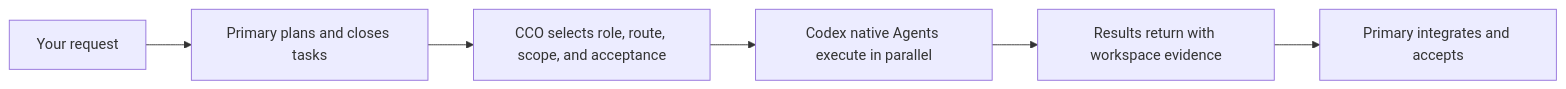
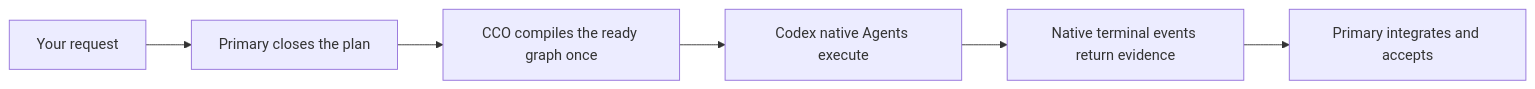
The diagram in README.md (KirschBluteX/agent-orchestration-gateway), drawn with Mermaid before and after one commit. The commit also changed other lines of this file and 27 other files, not shown here.

````diff
--- a/README.md
+++ b/README.md
@@ -30,8 +37,8 @@
 ```mermaid
 flowchart LR
-    U["Your request"] --> P["Primary plans and closes tasks"]
-    P --> C["CCO selects role, route, scope, and acceptance"]
-    C --> A["Codex native Agents execute in parallel"]
-    A --> E["Results return with workspace evidence"]
+    U["Your request"] --> P["Primary closes the plan"]
+    P --> R["CCO compiles the ready graph once"]
+    R --> A["Codex native Agents execute"]
+    A --> E["Native terminal events return evidence"]
     E --> V["Primary integrates and accepts"]
 ```
````
